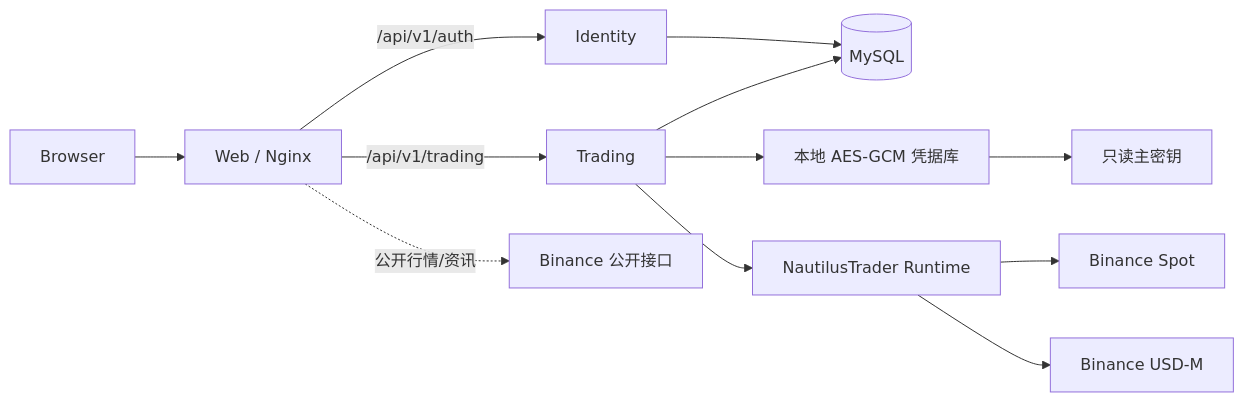
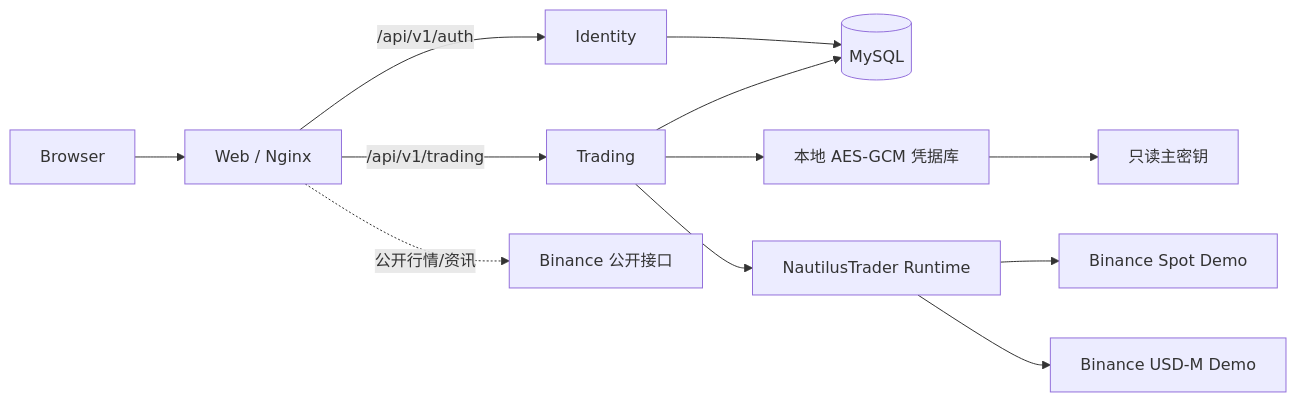
Before and after one commit to jelven007/AutomotiveTrading: the diagram in docs/architecture/2026-09-21-technical-overview.md, drawn with Mermaid. The commit also changed other lines of this file and 39 other files, not shown here.

Commit message:
feat(trading): enforce Binance Demo-only runtime

````diff
--- a/docs/architecture/2026-09-21-technical-overview.md
+++ b/docs/architecture/2026-09-21-technical-overview.md
@@ -27,14 +27,14 @@
 ```mermaid
 flowchart LR
     U[Browser] --> W[Web / Nginx]
     W -->|/api/v1/auth| I[Identity]
     W -->|/api/v1/trading| T[Trading]
     I --> D[(MySQL)]
     T --> D
     T --> V[本地 AES-GCM 凭据库]
     V --> K[只读主密钥]
     T --> N[NautilusTrader Runtime]
-    N --> S[Binance Spot]
-    N --> F[Binance USD-M]
+    N --> S[Binance Spot Demo]
+    N --> F[Binance USD-M Demo]
     W -.公开行情/资讯.-> B[Binance 公开接口]
 ```
````
